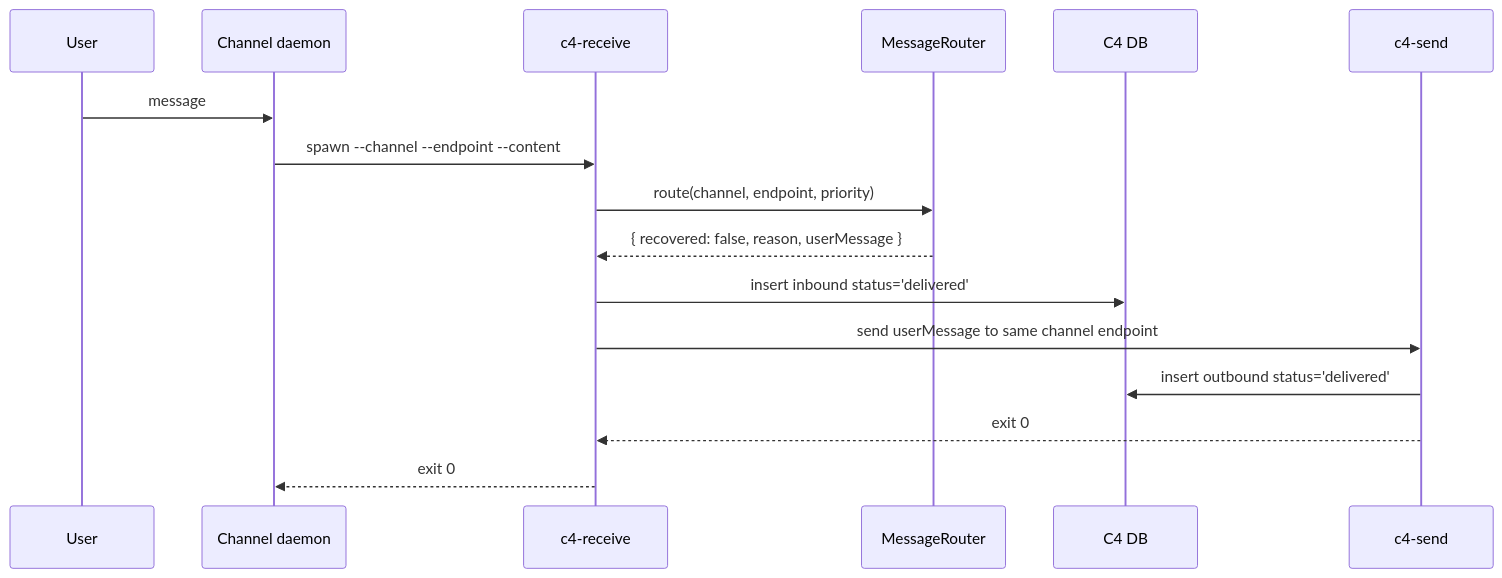
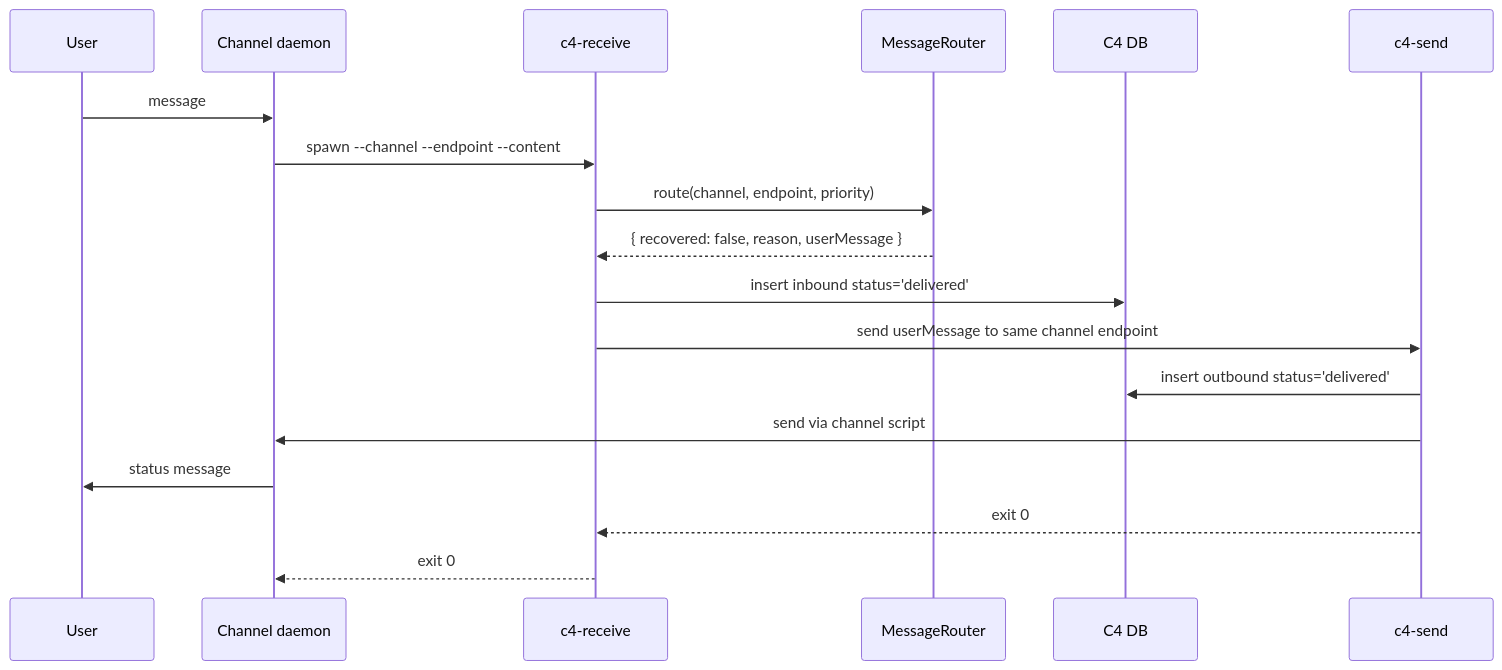
Before and after one commit to zylos-ai/zylos-core: the third of 3 diagrams in docs/activity-monitor-design.md, drawn with Mermaid.

Commit message:
docs(am): add channel daemon delivery to unhealthy path diagram
c4-send also delivers through channel daemon to user in unhealthy path.

````diff
--- a/docs/activity-monitor-design.md
+++ b/docs/activity-monitor-design.md
@@ -101,19 +101,21 @@
 ```mermaid
 sequenceDiagram
   participant U as User
   participant C as Channel daemon
   participant R as c4-receive
   participant MR as MessageRouter
   participant DB as C4 DB
   participant S as c4-send
 
   U->>C: message
   C->>R: spawn --channel --endpoint --content
   R->>MR: route(channel, endpoint, priority)
   MR-->>R: { recovered: false, reason, userMessage }
   R->>DB: insert inbound status='delivered'
   R->>S: send userMessage to same channel endpoint
   S->>DB: insert outbound status='delivered'
+  S->>C: send via channel script
+  C->>U: status message
   S-->>R: exit 0
   R-->>C: exit 0
 ```
````
